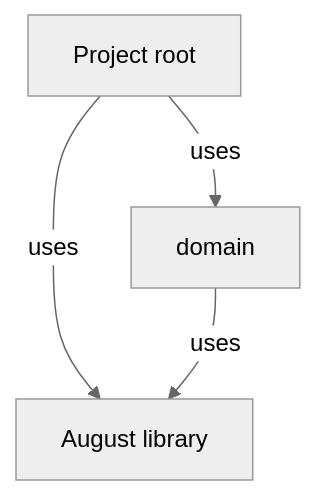
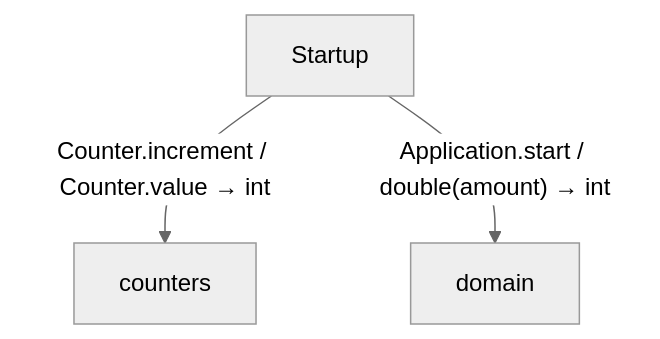
The first of 2 diagrams in docs/examples/approved-design/diagrams/index.md (GreenPandaStudios/augscript), drawn with Mermaid (neutral theme) before and after one commit. The commit also changed other lines of this file and 524 other files, not shown here.

Commit message:
Explain checked data flow at folder and service levels

````diff
--- a/docs/examples/approved-design/diagrams/index.md
+++ b/docs/examples/approved-design/diagrams/index.md
@@ -21,9 +19,8 @@
 ```mermaid
 flowchart TD
-    n0["August library"]
-    n1["Project root"]
-    n2["domain"]
-    n1 -->|"uses"| n0
-    n1 -->|"uses"| n2
-    n2 -->|"uses"| n0
+    n0["counters"]
+    n1["domain"]
+    n2["Startup"]
+    n2 -->|"Counter.increment / Counter.value → int"| n0
+    n2 -->|"Application.start / double(amount) → int"| n1
 ```
````
